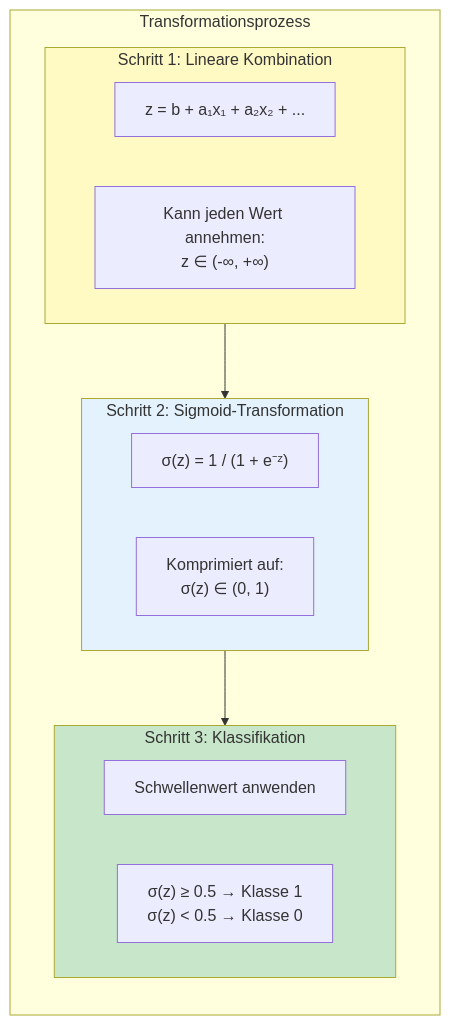
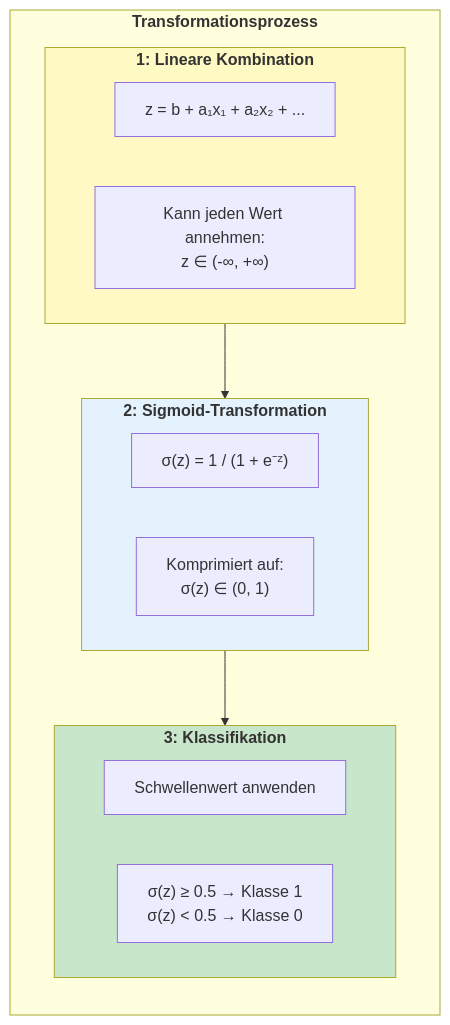
The ninth of 10 diagrams in docs/concepts/modeling/regression.md (ralf-42/ML_Intro), drawn with Mermaid before and after one commit. The commit also changed other lines of this file and 4 other files, not shown here.

````diff
--- a/docs/concepts/modeling/regression.md
+++ b/docs/concepts/modeling/regression.md
@@ -453,27 +453,27 @@
 ```mermaid
 flowchart TB
-    subgraph transformation["Transformationsprozess"]
+    subgraph transformation["<b>Transformationsprozess"]
         direction TB
         
-        subgraph step1["Schritt 1: Lineare Kombination"]
+        subgraph step1["<b>1: Lineare Kombination"]
             L["z = b + a₁x₁ + a₂x₂ + ..."]
             L_note["Kann jeden Wert annehmen:<br/>z ∈ (-∞, +∞)"]
         end
         
-        subgraph step2["Schritt 2: Sigmoid-Transformation"]
+        subgraph step2["<b>2: Sigmoid-Transformation"]
             S["σ(z) = 1 / (1 + e⁻ᶻ)"]
             S_note["Komprimiert auf:<br/>σ(z) ∈ (0, 1)"]
         end
         
-        subgraph step3["Schritt 3: Klassifikation"]
+        subgraph step3["<b>3: Klassifikation"]
             C["Schwellenwert anwenden"]
             C_note["σ(z) ≥ 0.5 → Klasse 1<br/>σ(z) < 0.5 → Klasse 0"]
         end
         
         step1 --> step2 --> step3
     end
     
     style step1 fill:#fff9c4
     style step2 fill:#e3f2fd
     style step3 fill:#c8e6c9
 ```
````
